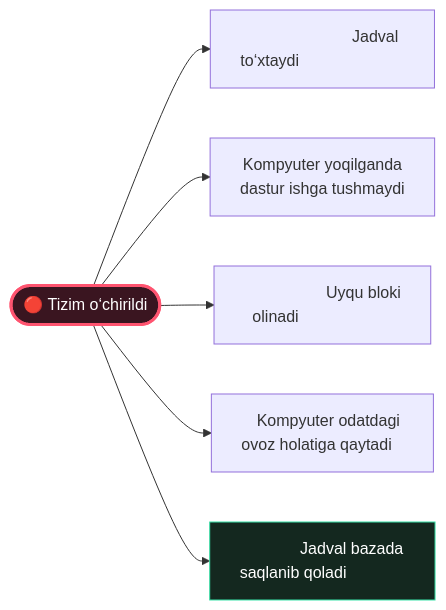
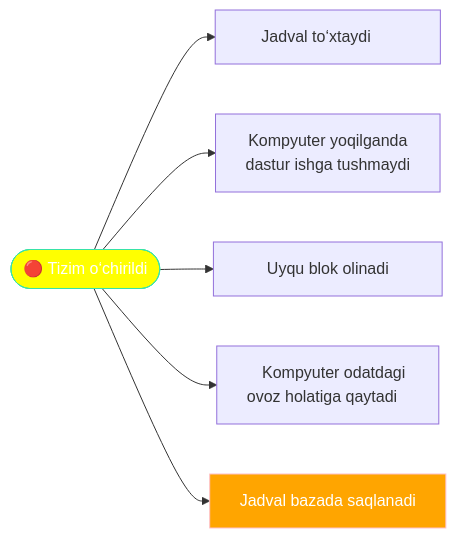
One commit to mr-ikromov/school_bell_system changed the fourth of 4 diagrams in README.md. Above: the diagram before and after it, drawn with Mermaid. The commit also changed other lines of this file and 1 other file, not shown here.

````diff
--- a/README.md
+++ b/README.md
@@ -410,12 +138,11 @@
 ```mermaid
 %%{init: {'flowchart': {'wrappingWidth': 600}}}%%
 flowchart LR
-    O(["🔴 Tizim o‘chirildi"]) --> A["⠀⠀⠀⠀⠀⠀⠀⠀⠀Jadval<br/>to‘xtaydi⠀⠀⠀⠀⠀⠀⠀⠀⠀"]
+    O(["🔴 Tizim o‘chirildi"]) --> A["⠀    Jadval to‘xtaydi⠀ ⠀⠀"]
     O --> B["Kompyuter yoqilganda<br/>dastur ishga tushmaydi"]
-    O --> C["⠀⠀⠀⠀⠀⠀⠀Uyqu bloki<br/>olinadi⠀⠀⠀⠀⠀⠀⠀⠀"]
+    O --> C["⠀⠀Uyqu blok  olinadi⠀⠀"]
     O --> D["⠀Kompyuter odatdagi<br/>ovoz holatiga qaytadi⠀"]
-    O --> E["⠀⠀⠀⠀⠀Jadval bazada<br/>saqlanib qoladi⠀⠀⠀⠀⠀"]
-
-    style O fill:#3a1520,stroke:#ff5470,stroke-width:3px,color:#fff
-    style E fill:#14281f,stroke:#38e2a8,color:#fff
+    O --> E["Jadval bazada saqlanadi"]
+    style O fill:yellow, stroke:#38e2a8, stroke-width:1px,color:#fff
+    style E fill:orange, stroke:pink, color:#fff
 ```
````
